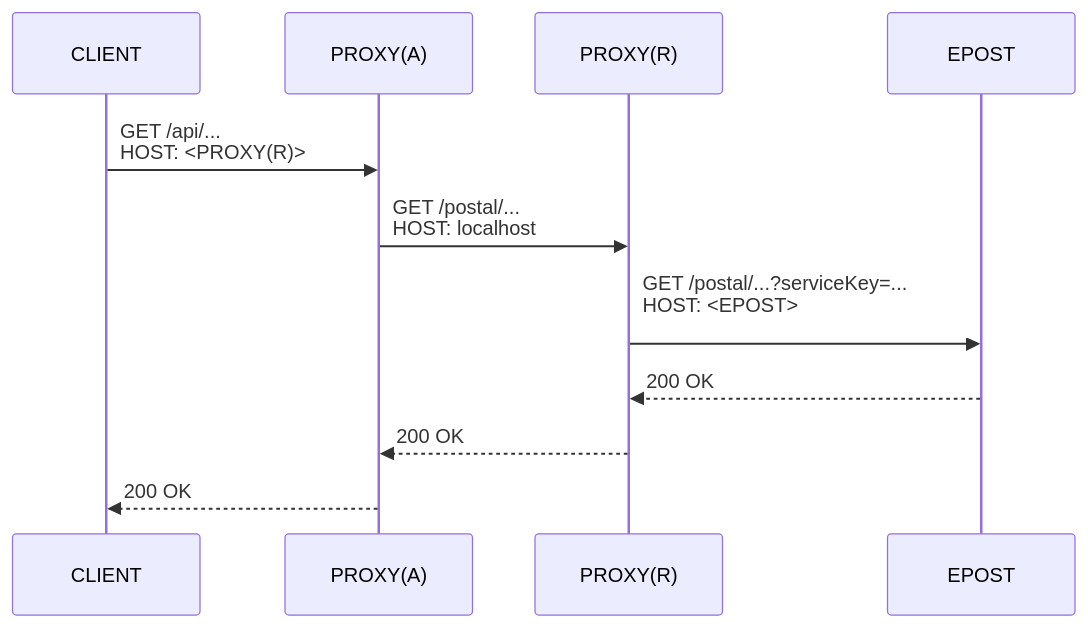
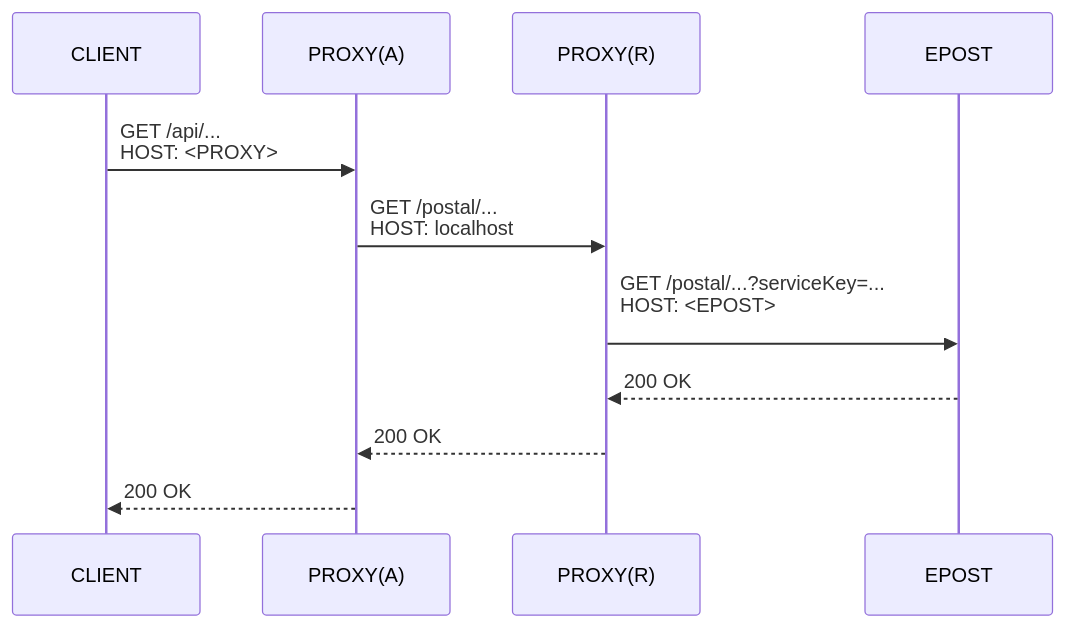
Before and after one commit to jinahya/epost-openapi-proxy: the third of 3 diagrams in README.md, drawn with Mermaid. The commit also changed other lines of this file and 2 other files, not shown here.

````diff
--- a/README.md
+++ b/README.md
@@ -48,15 +48,15 @@
 ```mermaid
 %%{init: {
   'sequence': {
     'messageAlign': 'left'
    },
   'fontFamily': 'monospace'
 }}%%
 sequenceDiagram
-  CLIENT ->> PROXY(A): GET /api/...<br>HOST: <PROXY(R)>
+  CLIENT ->> PROXY(A): GET /api/...<br>HOST: <PROXY>
   PROXY(A) ->> PROXY(R): GET /postal/...<br>HOST: localhost
   PROXY(R) ->> EPOST: GET /postal/...?serviceKey=...<br>HOST: <EPOST><br>
   EPOST -->> PROXY(R): 200 OK
   PROXY(R) -->> PROXY(A): 200 OK
   PROXY(A) -->> CLIENT: 200 OK
 ```
````
